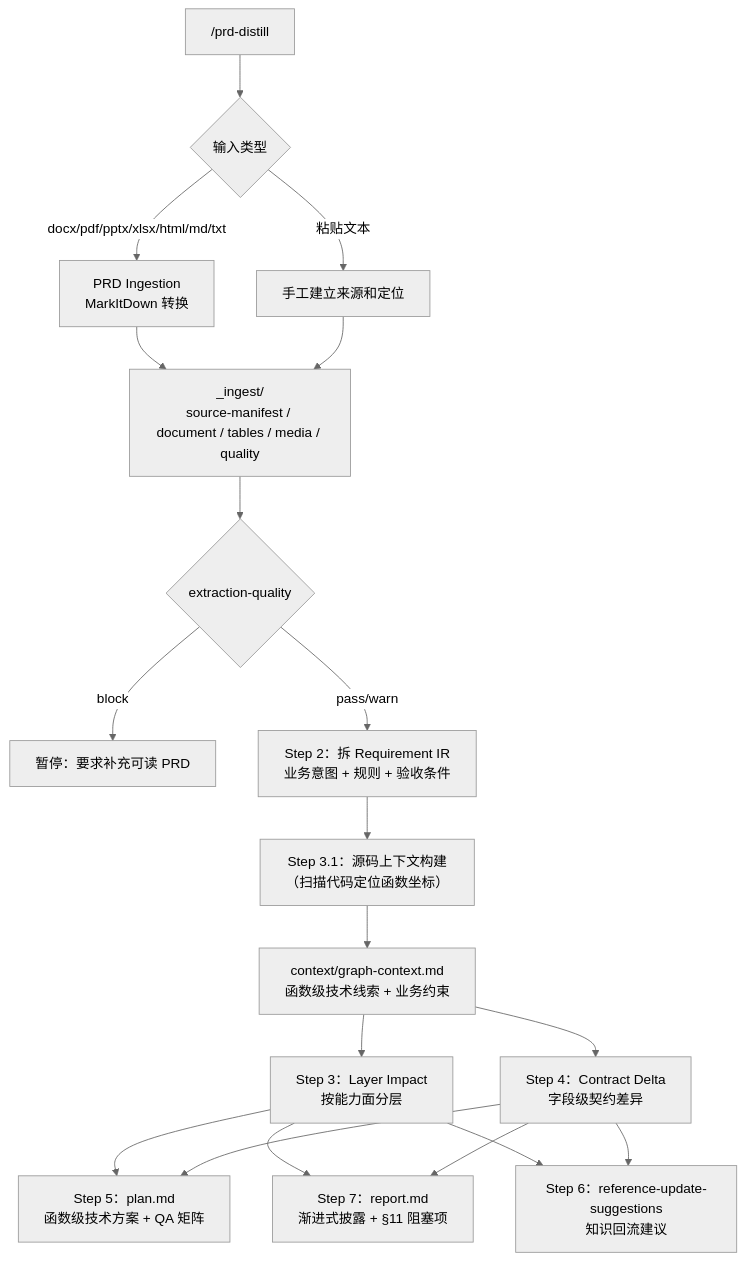
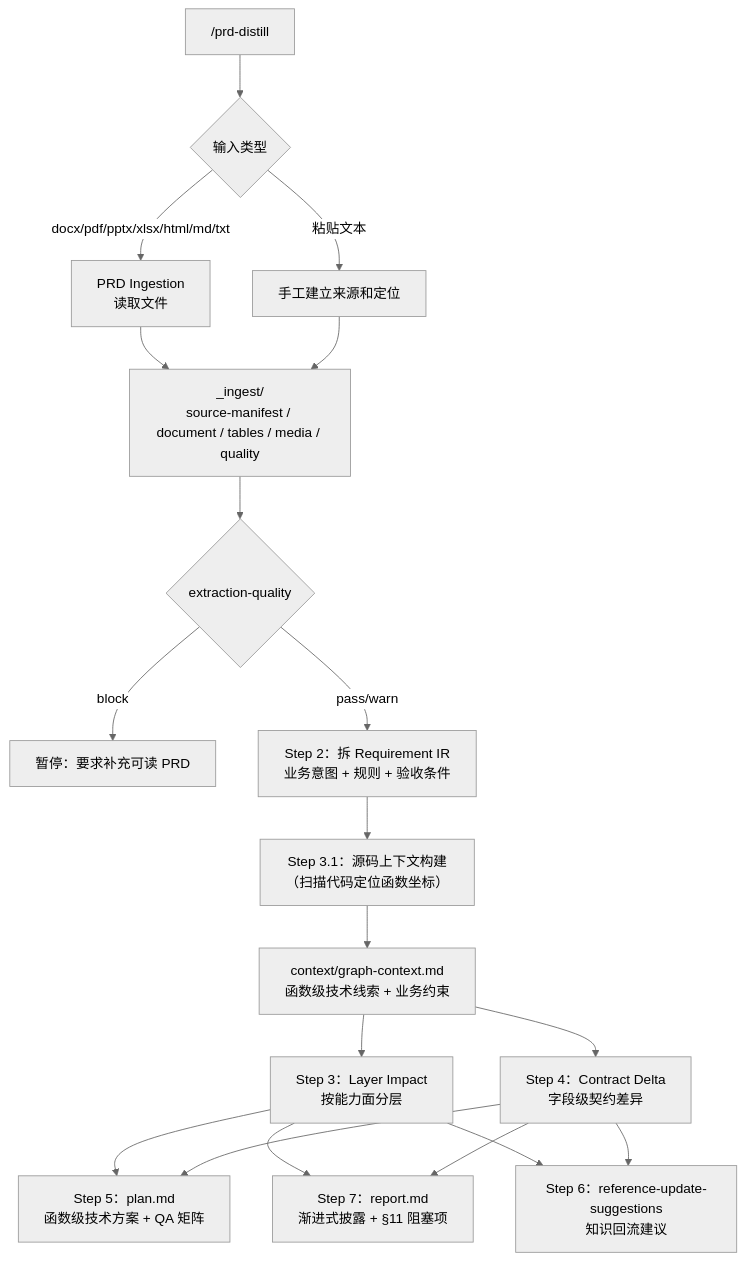
The first of 2 diagrams in plugins/prd-distill/README.md (zachary-lz-glm/prd-tools), drawn with Mermaid (neutral theme) before and after one commit. The commit also changed other lines of this file and 16 other files, not shown here.

````diff
--- a/plugins/prd-distill/README.md
+++ b/plugins/prd-distill/README.md
@@ -24,21 +24,21 @@
 ```mermaid
 flowchart TD
   A["/prd-distill <PRD 文件或需求文本>"] --> B{"输入类型"}
-  B -- "docx/pdf/pptx/xlsx/html/md/txt" --> C["PRD Ingestion\nMarkItDown 转换"]
+  B -- "docx/pdf/pptx/xlsx/html/md/txt" --> C["PRD Ingestion\n读取文件"]
   B -- "粘贴文本" --> D["手工建立来源和定位"]
   C --> E["_ingest/\nsource-manifest / document / tables / media / quality"]
   D --> E
   E --> F{"extraction-quality"}
   F -- "block" --> G["暂停：要求补充可读 PRD"]
   F -- "pass/warn" --> H["Step 2：拆 Requirement IR\n业务意图 + 规则 + 验收条件"]
   H --> I["Step 3.1：源码上下文构建\n（扫描代码定位函数坐标）"]
   I --> J["context/graph-context.md\n函数级技术线索 + 业务约束"]
   J --> K["Step 3：Layer Impact\n按能力面分层"]
   J --> L["Step 4：Contract Delta\n字段级契约差异"]
   K --> M["Step 5：plan.md\n函数级技术方案 + QA 矩阵"]
   L --> M
   K --> N["Step 7：report.md\n渐进式披露 + §11 阻塞项"]
   L --> N
   K --> O["Step 6：reference-update-suggestions\n知识回流建议"]
   L --> O
 ```
````
